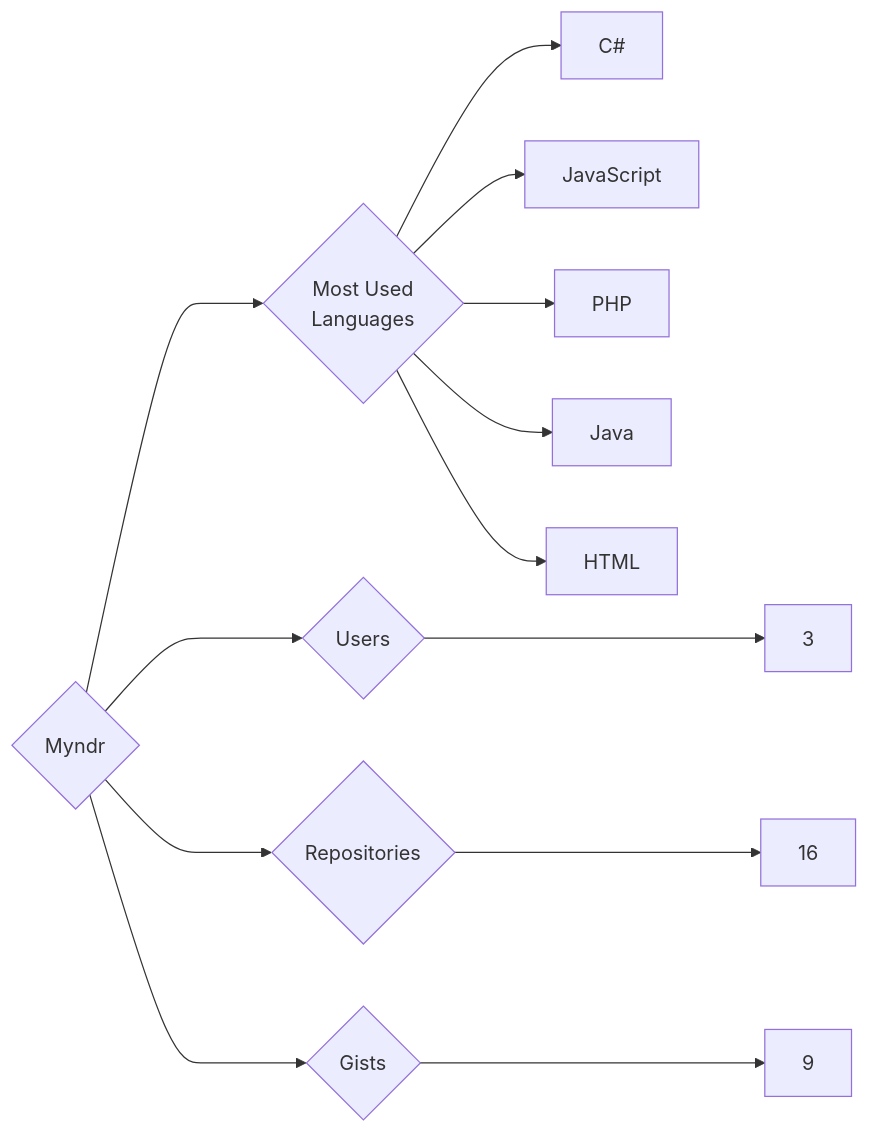
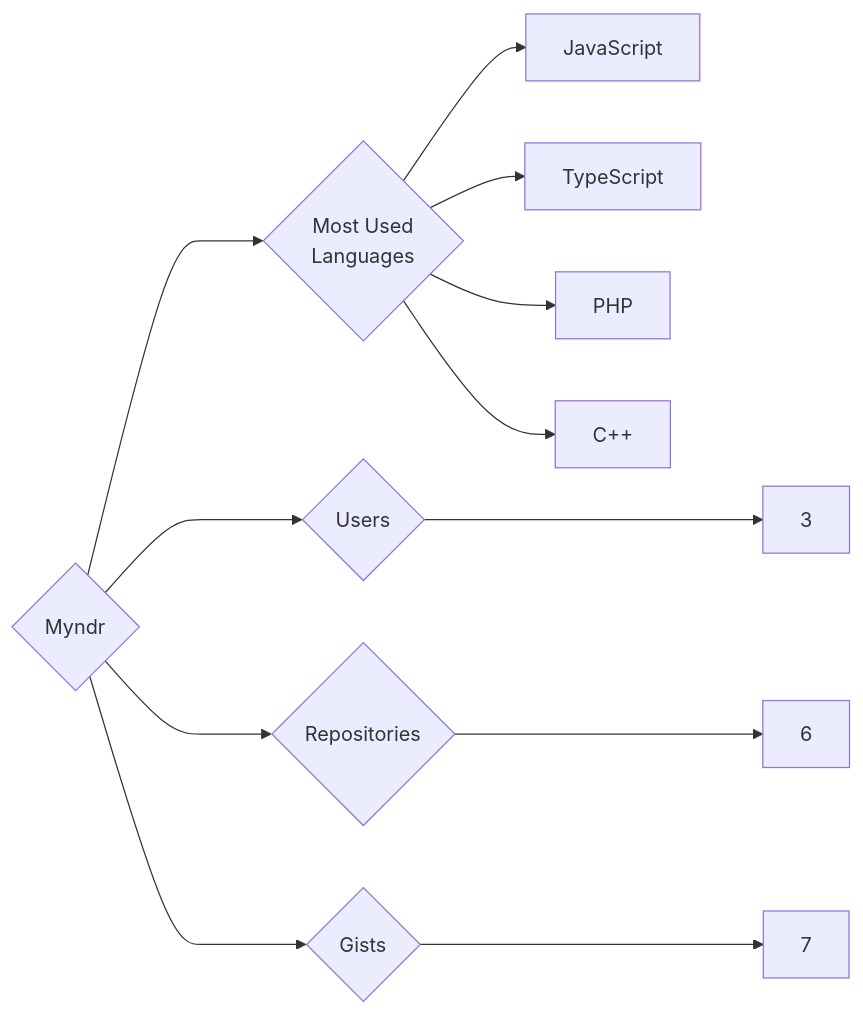
One commit to trickest/insiders changed the diagram in targets/Myndr/README.md. Above: the diagram before and after it, drawn with Mermaid. The commit also changed 1484 other files, not shown here.

````diff
--- a/targets/Myndr/README.md
+++ b/targets/Myndr/README.md
@@ -3,13 +3,12 @@
 ```mermaid
 graph LR
 COMPANY_NAME{Myndr}
 COMPANY_NAME ---> U{Users} ---> UN[3]
-COMPANY_NAME ---> R{Repositories} ---> RN[16]
-COMPANY_NAME ---> G{Gists} ---> GN[9]
+COMPANY_NAME ---> R{Repositories} ---> RN[6]
+COMPANY_NAME ---> G{Gists} ---> GN[7]
 COMPANY_NAME ---> ML{Most Used<br>Languages}
-ML --> C#[C#]
 ML --> JavaScript[JavaScript]
+ML --> TypeScript[TypeScript]
 ML --> PHP[PHP]
-ML --> Java[Java]
-ML --> HTML[HTML]
+ML --> C++[C++]
 ```
````
